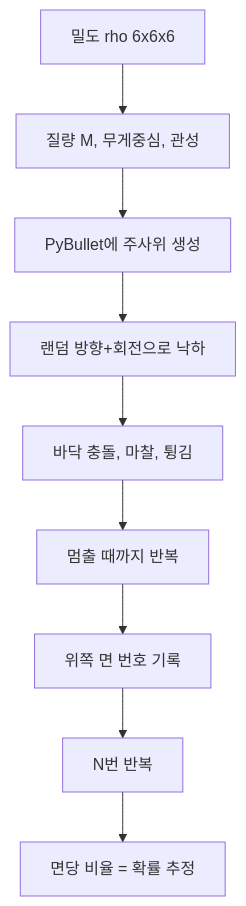
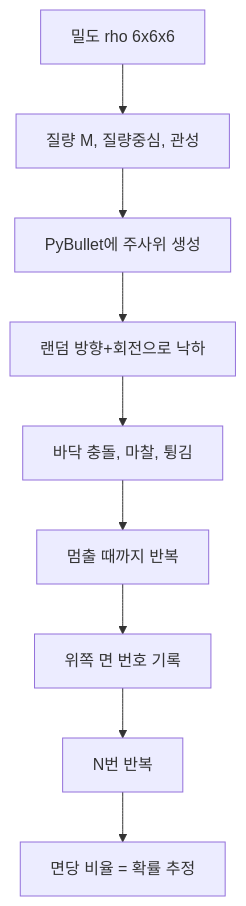
One commit to codingfun02/physics-prob-v2 changed the diagram in docs/physics_and_mathematics.md. Above: the diagram before and after it, drawn with Mermaid. The commit also changed other lines of this file and 61 other files, not shown here.

First line of the commit message:
Add dashboard, charts, and GitHub Pages deploy workflow

````diff
--- a/docs/physics_and_mathematics.md
+++ b/docs/physics_and_mathematics.md
@@ -318,11 +318,11 @@
 ```mermaid
 flowchart TD
-    A["밀도 rho 6x6x6"] --> B["질량 M, 무게중심, 관성"]
+    A["밀도 rho 6x6x6"] --> B["질량 M, 질량중심, 관성"]
     B --> C["PyBullet에 주사위 생성"]
     C --> D["랜덤 방향+회전으로 낙하"]
     D --> E["바닥 충돌, 마찰, 튕김"]
     E --> F["멈출 때까지 반복"]
     F --> G["위쪽 면 번호 기록"]
     G --> H["N번 반복"]
     H --> I["면당 비율 = 확률 추정"]
 ```
````
